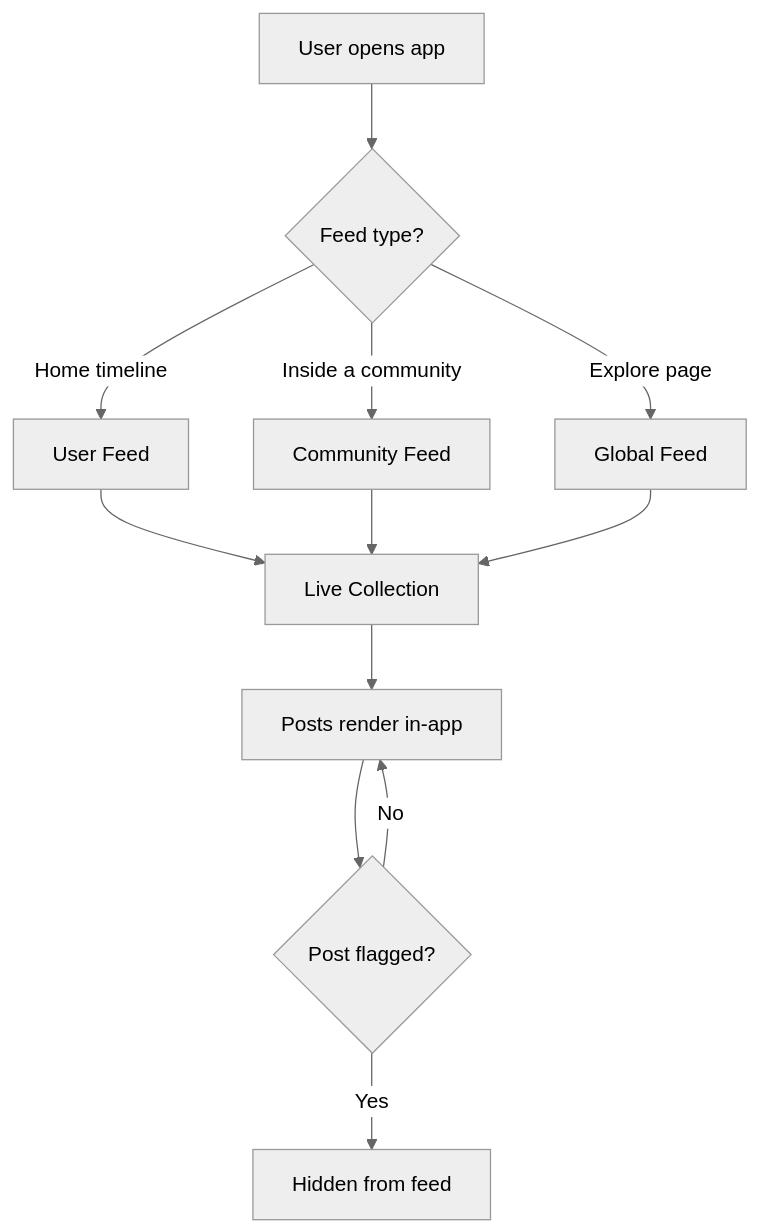
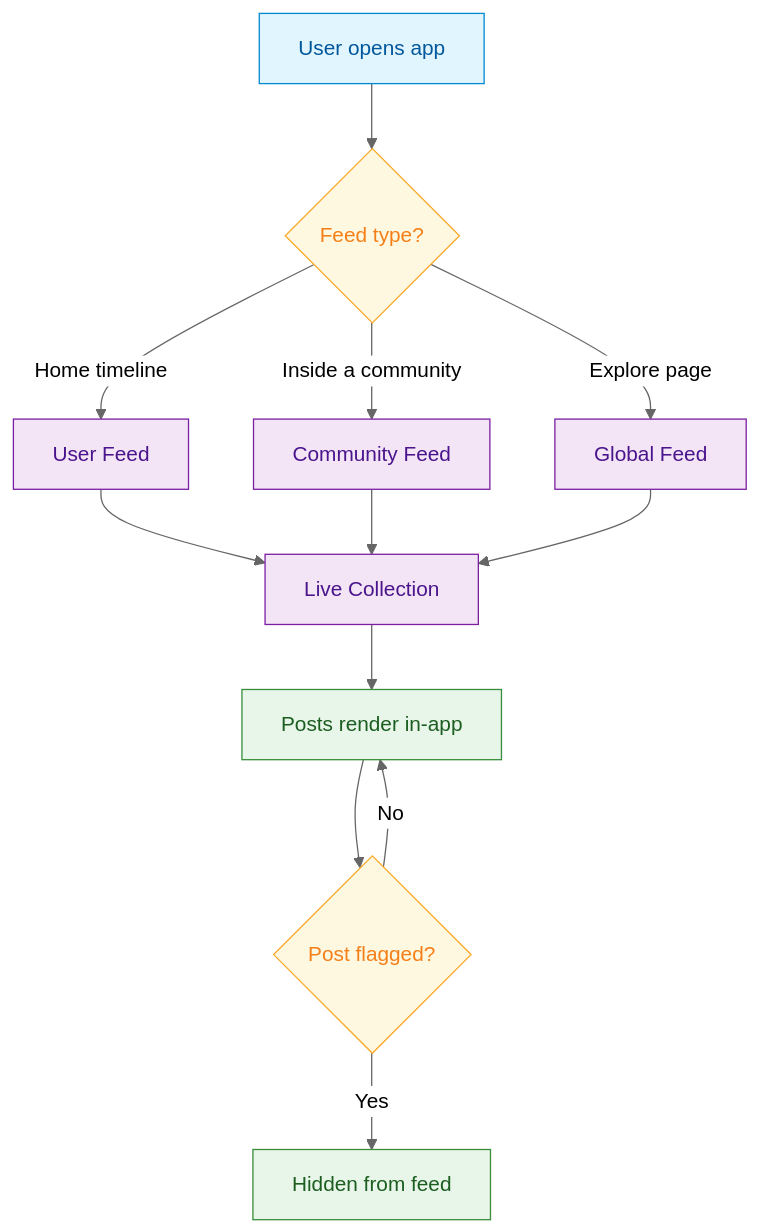
The diagram in use-cases/social/build-a-social-feed.mdx (AmityCo/social-plus-docs), drawn with Mermaid (neutral theme) before and after one commit. The commit also changed other lines of this file and 26 other files, not shown here.

````diff
--- a/use-cases/social/build-a-social-feed.mdx
+++ b/use-cases/social/build-a-social-feed.mdx
@@ -37,14 +35,24 @@
 ```mermaid
 graph TD
     A[User opens app] --> B{Feed type?}
     B -->|Home timeline| C[User Feed]
     B -->|Inside a community| D[Community Feed]
     B -->|Explore page| E[Global Feed]
     C --> F[Live Collection]
     D --> F
     E --> F
     F --> G[Posts render in-app]
     G --> H{Post flagged?}
     H -->|Yes| I[Hidden from feed]
     H -->|No| G
+
+    classDef action fill:#e1f5fe,stroke:#0288d1,color:#01579b
+    classDef decision fill:#fff8e1,stroke:#f9a825,color:#f57f17
+    classDef process fill:#f3e5f5,stroke:#7b1fa2,color:#4a148c
+    classDef outcome fill:#e8f5e9,stroke:#388e3c,color:#1b5e20
+
+    class A action
+    class B,H decision
+    class C,D,E,F process
+    class G,I outcome
 ```
````
